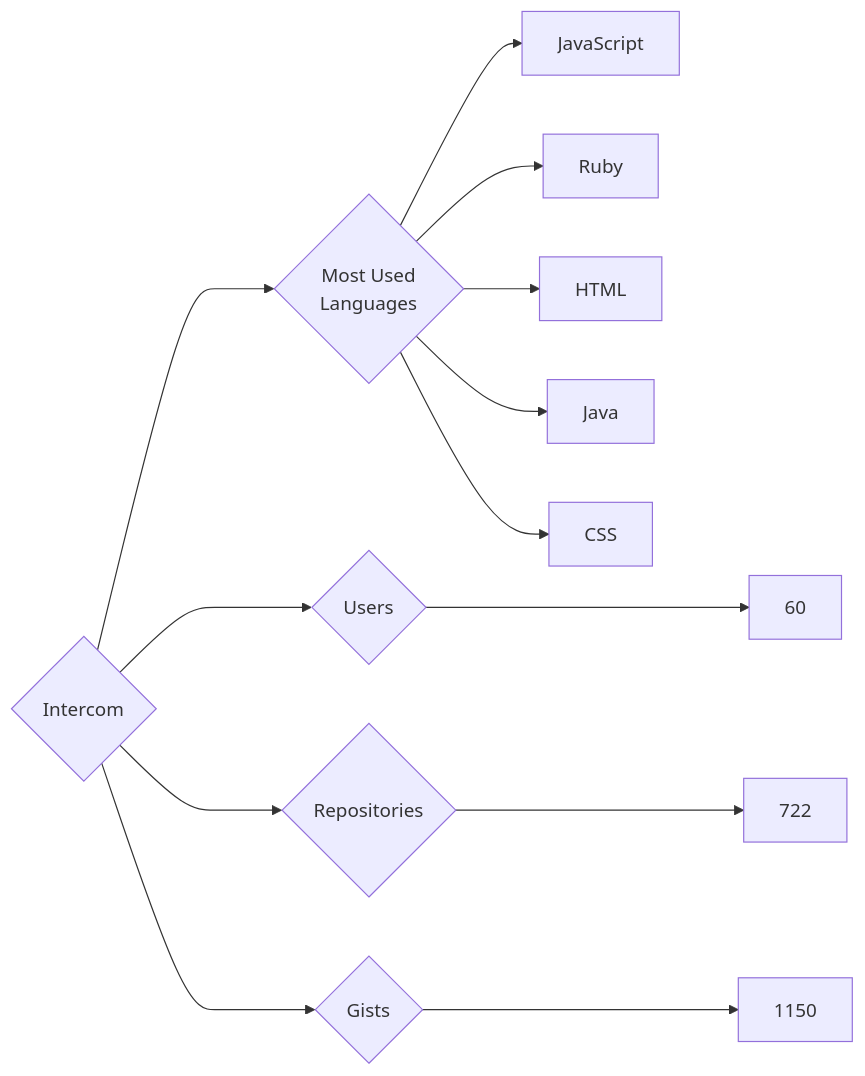
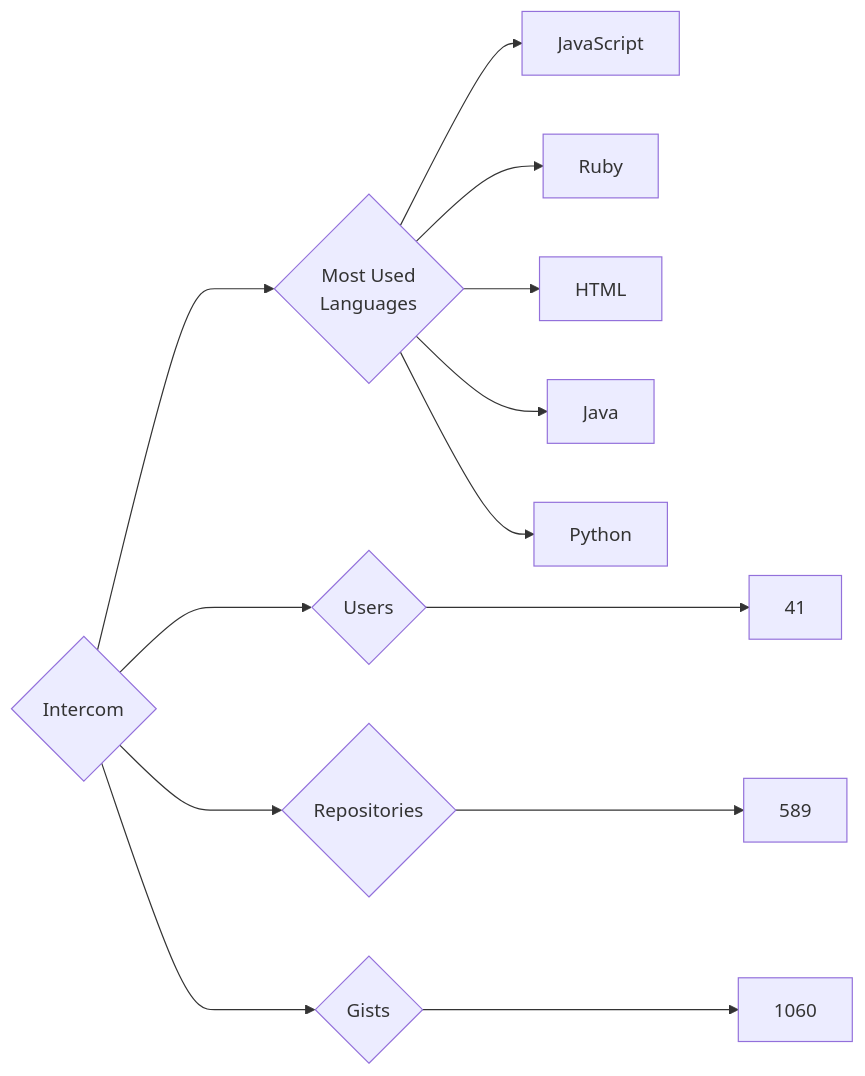
The diagram in targets/Intercom/README.md (trickest/insiders), drawn with Mermaid before and after one commit. The commit also changed 777 other files, not shown here.

````diff
--- a/targets/Intercom/README.md
+++ b/targets/Intercom/README.md
@@ -3,13 +3,13 @@
 ```mermaid
 graph LR
 COMPANY_NAME{Intercom}
-COMPANY_NAME ---> U{Users} ---> UN[60]
-COMPANY_NAME ---> R{Repositories} ---> RN[722]
-COMPANY_NAME ---> G{Gists} ---> GN[1150]
+COMPANY_NAME ---> U{Users} ---> UN[41]
+COMPANY_NAME ---> R{Repositories} ---> RN[589]
+COMPANY_NAME ---> G{Gists} ---> GN[1060]
 COMPANY_NAME ---> ML{Most Used<br>Languages}
 ML --> JavaScript[JavaScript]
 ML --> Ruby[Ruby]
 ML --> HTML[HTML]
 ML --> Java[Java]
-ML --> CSS[CSS]
+ML --> Python[Python]
 ```
````
